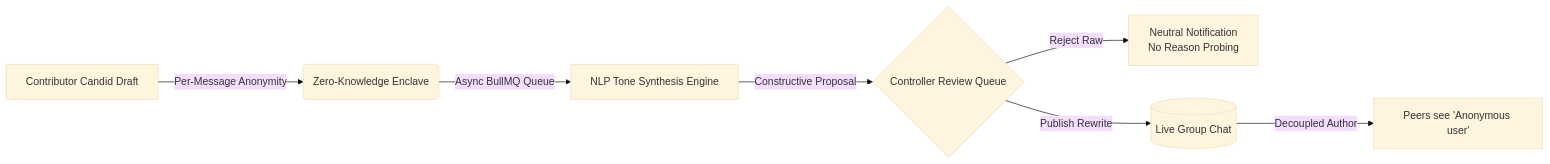
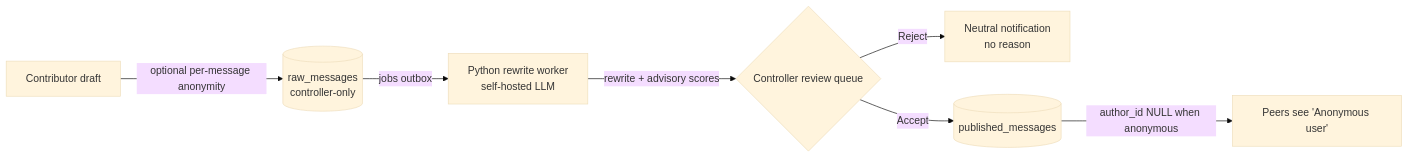
One commit to Oscar-man-shrestha/Talk-It-Out changed the diagram in README.md. Above: the diagram before and after it, drawn with Mermaid (base theme). The commit also changed other lines of this file and 1 other file, not shown here.

````diff
--- a/README.md
+++ b/README.md
@@ -39,9 +39,9 @@
 ```mermaid
 flowchart LR
-    A[Contributor Candid Draft] -->|Per-Message Anonymity| B(Zero-Knowledge Enclave)
-    B -->|Async BullMQ Queue| C[NLP Tone Synthesis Engine]
-    C -->|Constructive Proposal| D{Controller Review Queue}
-    D -->|Reject Raw| E[Neutral Notification<br/>No Reason Probing]
-    D -->|Publish Rewrite| F[(Live Group Chat)]
-    F -->|Decoupled Author| G[Peers see 'Anonymous user']
+    A[Contributor draft] -->|optional per-message anonymity| B[(raw_messages<br/>controller-only)]
+    B -->|jobs outbox| C[Python rewrite worker<br/>self-hosted LLM]
+    C -->|rewrite + advisory scores| D{Controller review queue}
+    D -->|Reject| E[Neutral notification<br/>no reason]
+    D -->|Accept| F[(published_messages)]
+    F -->|author_id NULL when anonymous| G[Peers see 'Anonymous user']
 ```
````
